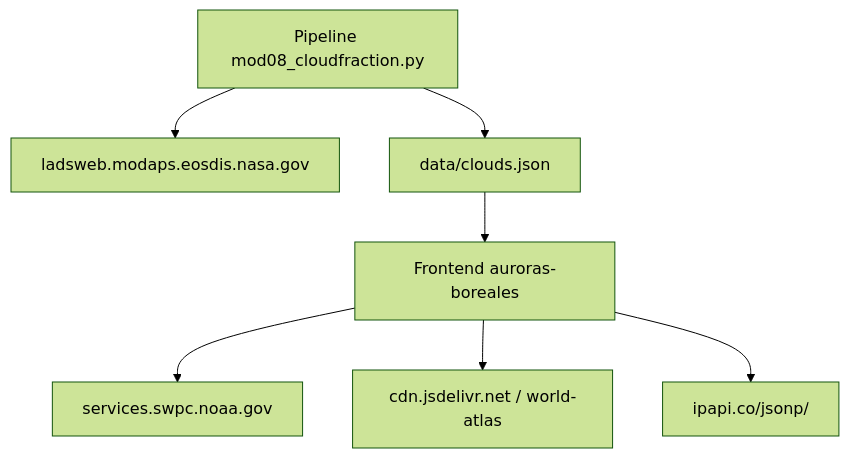
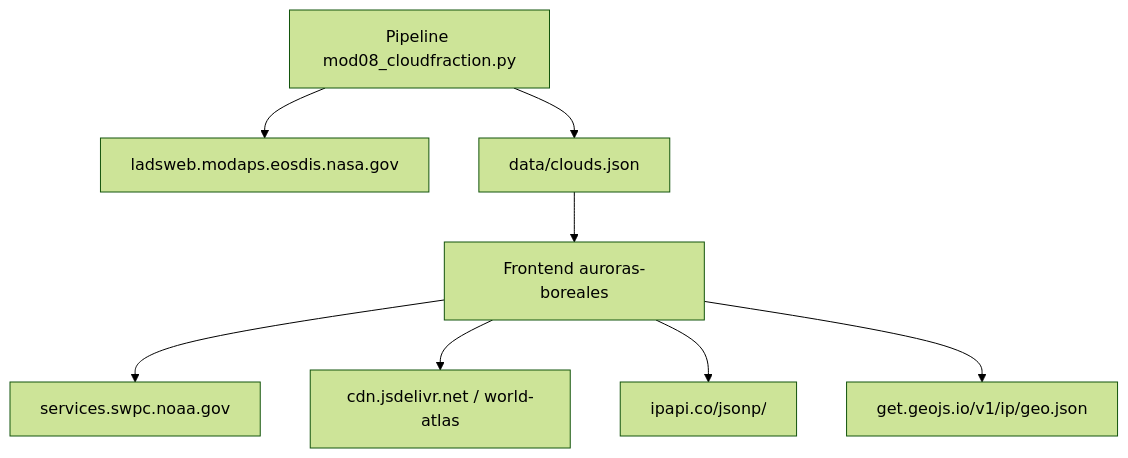
The fourth of 4 diagrams in README.md (romezamario/auroras-boreales), drawn with Mermaid (forest theme) before and after one commit. The commit also changed other lines of this file and 3 other files, not shown here.

````diff
--- a/README.md
+++ b/README.md
@@ -256,10 +257,11 @@
 ```mermaid
 flowchart TD
     APP[Frontend auroras-boreales]
     APP --> NOAA[services.swpc.noaa.gov]
     APP --> ATLAS[cdn.jsdelivr.net / world-atlas]
     APP --> IP1[ipapi.co/jsonp/]
+    APP --> IP2[get.geojs.io/v1/ip/geo.json]
     JOB[Pipeline mod08_cloudfraction.py] --> LAADS[ladsweb.modaps.eosdis.nasa.gov]
     JOB --> CLOUDS[data/clouds.json]
     CLOUDS --> APP
 ```
````
